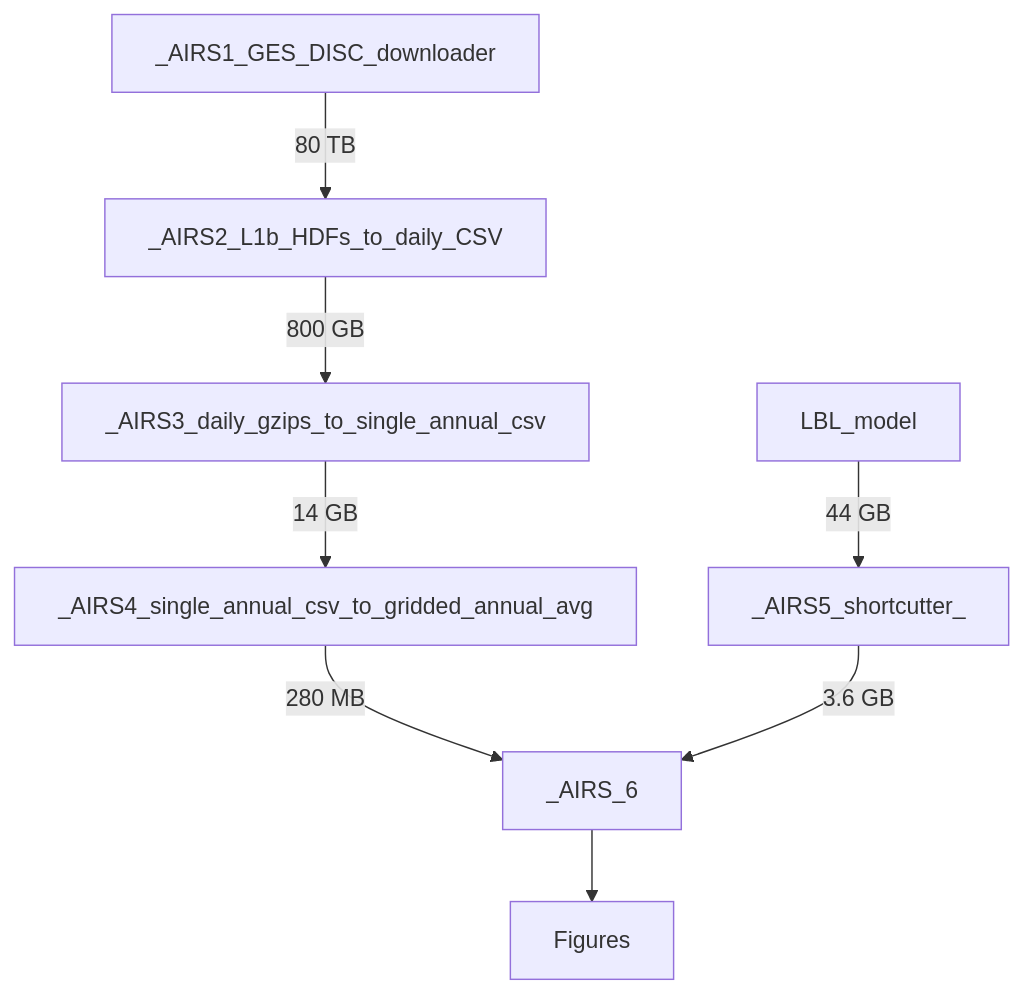
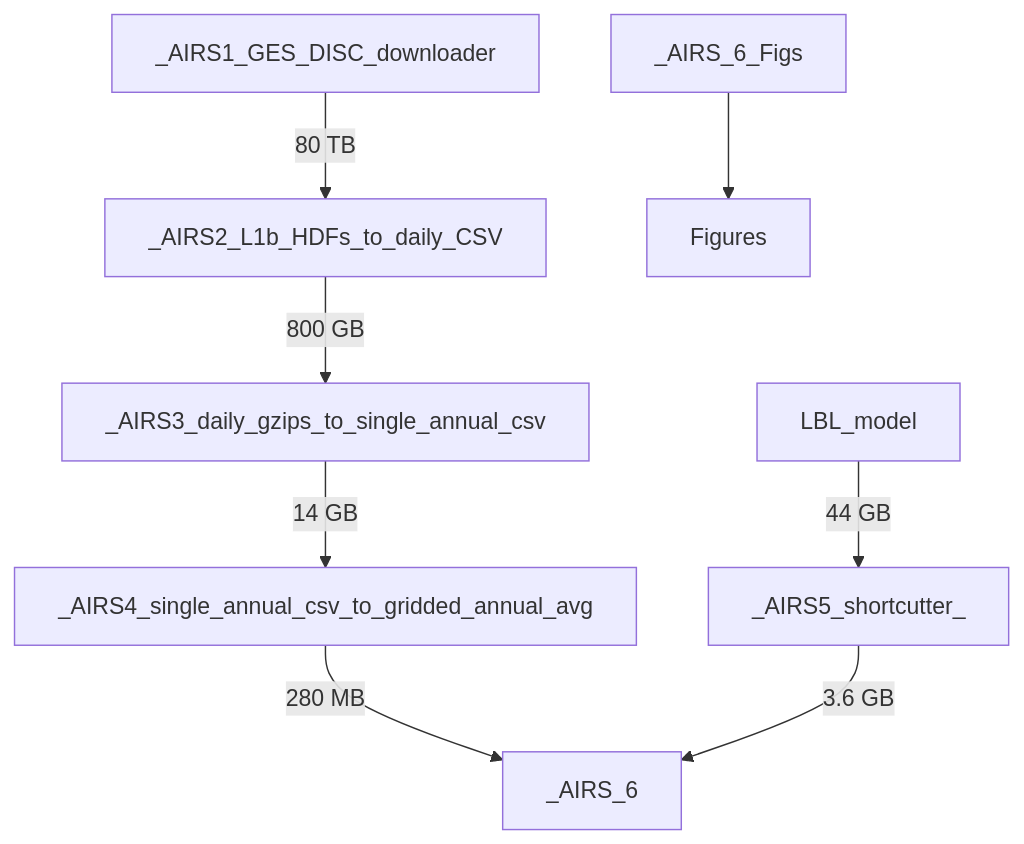
The diagram in README.md (rentcp/NS9188K), drawn with Mermaid before and after one commit. The commit also changed other lines of this file, not shown here.

````diff
--- a/README.md
+++ b/README.md
@@ -13,11 +13,11 @@
 ```mermaid
 graph TD;
     LBL_model--44 GB-->_AIRS5_shortcutter_;
     _AIRS1_GES_DISC_downloader--80 TB-->_AIRS2_L1b_HDFs_to_daily_CSV;
     _AIRS2_L1b_HDFs_to_daily_CSV--800 GB-->_AIRS3_daily_gzips_to_single_annual_csv;
     _AIRS3_daily_gzips_to_single_annual_csv--14 GB-->_AIRS4_single_annual_csv_to_gridded_annual_avg;
     _AIRS4_single_annual_csv_to_gridded_annual_avg--280 MB-->_AIRS_6;
     _AIRS5_shortcutter_--3.6 GB-->_AIRS_6;
-    _AIRS_6-->Figures
+    _AIRS_6_Figs-->Figures
 
 ```
````
